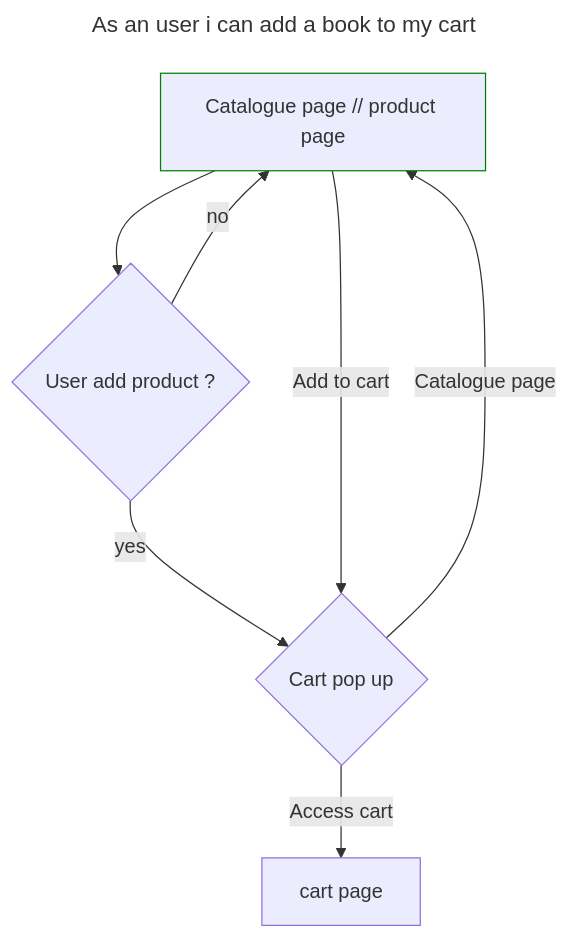
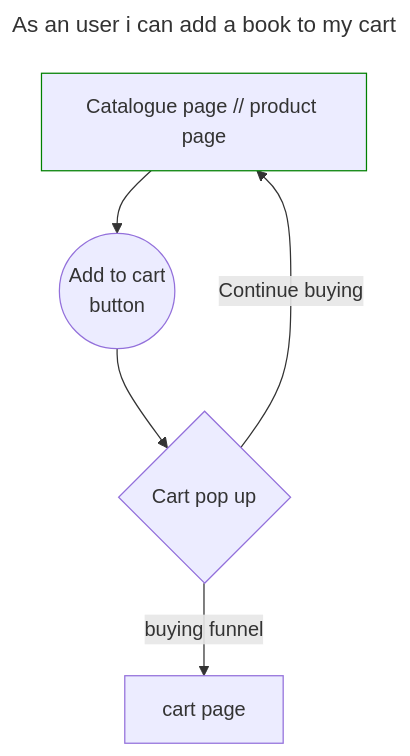
Before and after one commit to charlyol/ECommerce-SCHA: the sixth of 7 diagrams in doc/featuresDiagrams.md, drawn with Mermaid.

Commit message:
features diagrams

````diff
--- a/doc/featuresDiagrams.md
+++ b/doc/featuresDiagrams.md
@@ -110,20 +110,18 @@
 ```mermaid
 ---
 title : As an user i can add a book to my cart
 ---
 flowchart TB
 
 CP[Catalogue page // product page]
 CAT[cart page]
 CPU{Cart pop up}
+ATC((Add to cart
+button))
+	
 
-TESTADD{User add product ?}
-	
-	CP-->TESTADD
-	TESTADD -- yes --> CPU
-	TESTADD -- no --> CP
-	CPU -- Access cart --> CAT
-	CPU -- Catalogue page --> CP
-	CP -- Add to cart --> CPU
+	CPU -- buying funnel --> CAT
+	CPU -- Continue buying --> CP
+	CP --> ATC --> CPU
 style CP stroke:green
 ```
````
